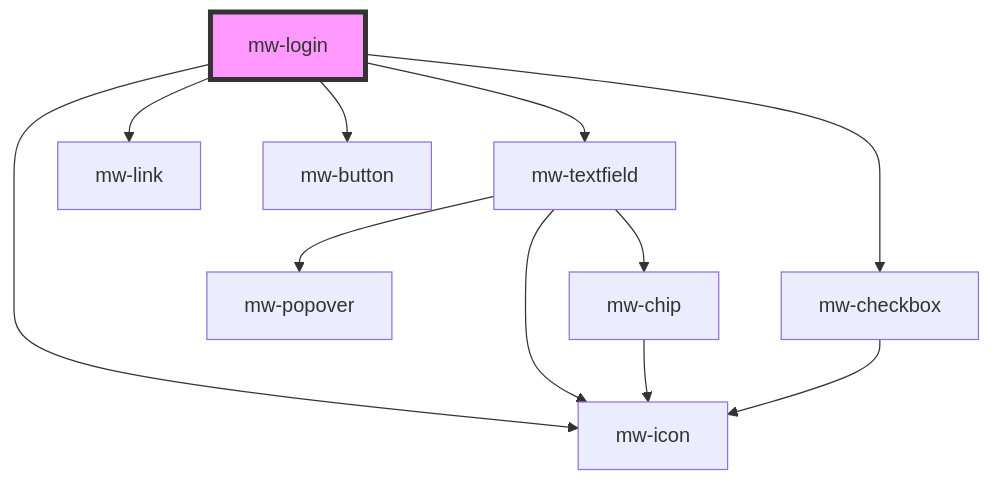
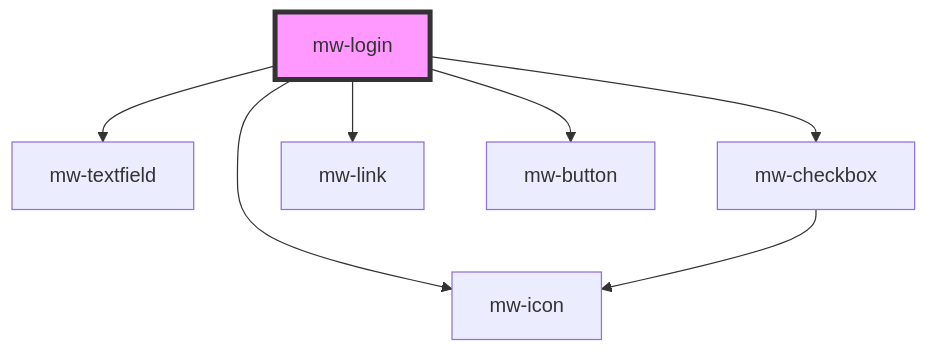
Before and after one commit to MaibornWolff/mwui: the diagram in mwui-stencil/src/components/mw-login/readme.md, drawn with Mermaid. The commit also changed 25 other files, not shown here.

````diff
--- a/mwui-stencil/src/components/mw-login/readme.md
+++ b/mwui-stencil/src/components/mw-login/readme.md
@@ -34,14 +34,10 @@
 ```mermaid
 graph TD;
   mw-login --> mw-textfield
   mw-login --> mw-icon
   mw-login --> mw-checkbox
   mw-login --> mw-link
   mw-login --> mw-button
-  mw-textfield --> mw-popover
-  mw-textfield --> mw-chip
-  mw-textfield --> mw-icon
-  mw-chip --> mw-icon
   mw-checkbox --> mw-icon
   style mw-login fill:#f9f,stroke:#333,stroke-width:4px
 ```
````
